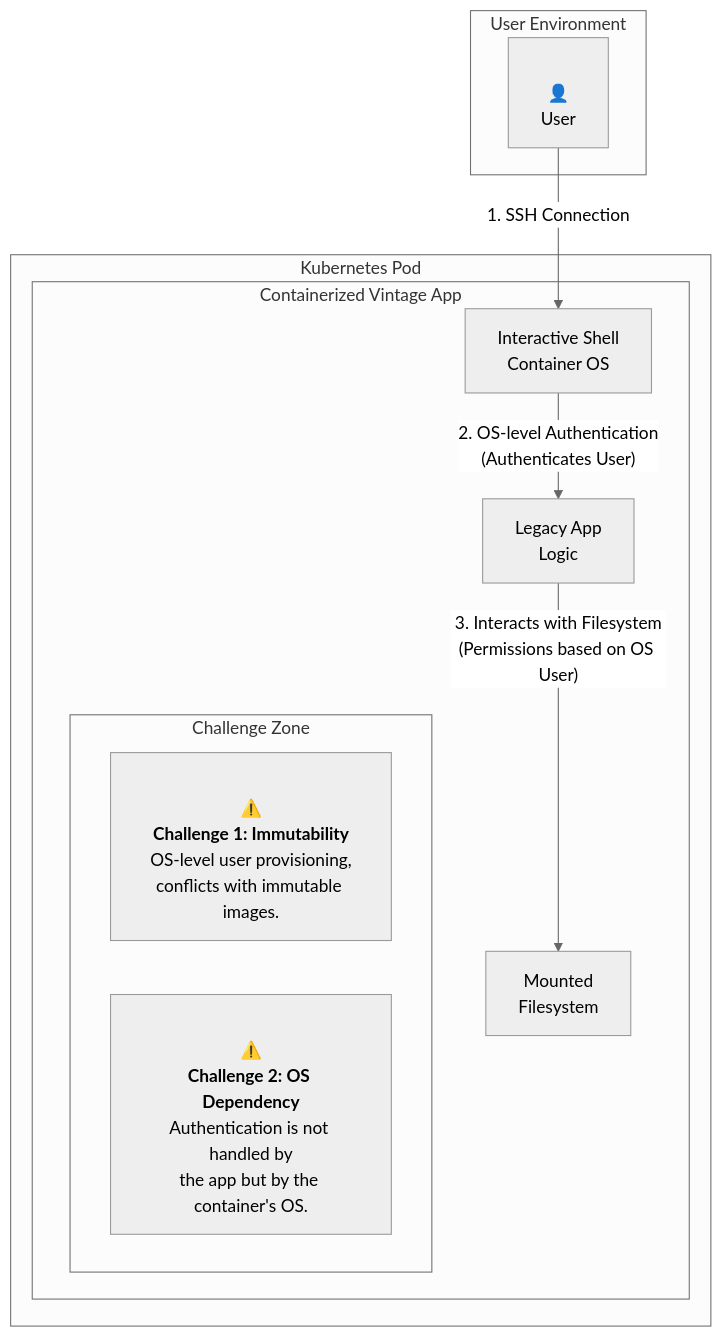
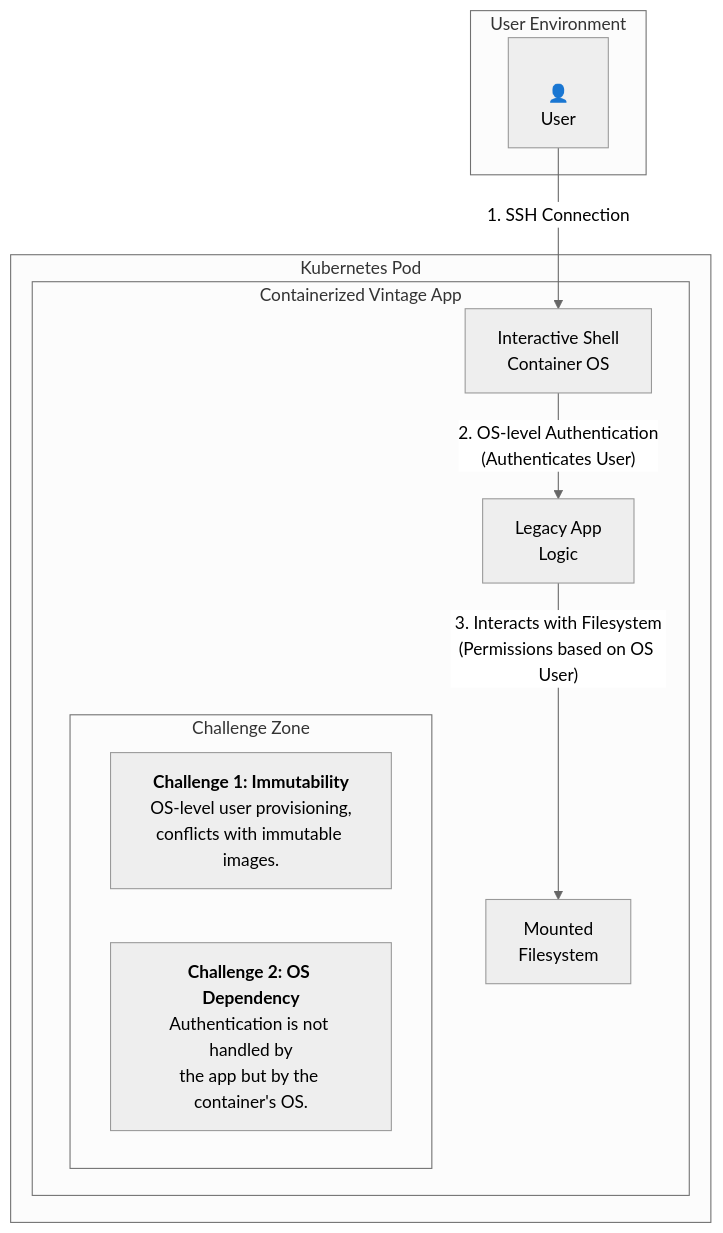
One commit to romdalf/romadams.com changed the fourth of 5 diagrams in docs/portfolio/ntap/k8svintageapp/index.md. Above: the diagram before and after it, drawn with Mermaid (neutral theme). The commit also changed other lines of this file, not shown here.

````diff
--- a/docs/portfolio/ntap/k8svintageapp/index.md
+++ b/docs/portfolio/ntap/k8svintageapp/index.md
@@ -202,26 +202,26 @@
 ```mermaid
 graph TD
     subgraph "User Environment"
         User[<br>👤<br>User]
     end
 
     subgraph "Kubernetes Pod"
         subgraph "Containerized Vintage App"
             
             App[Legacy App<br>Logic]
             Shell[Interactive Shell<br>Container OS]
             Volume[Mounted<br>Filesystem]
             
             subgraph "Challenge Zone"
-                Challenge1["<br>⚠️<br><b>Challenge 1: Immutability</b><br>OS-level user provisioning,<br>conflicts with immutable images."]
-                Challenge2["<br>⚠️<br><b>Challenge 2: OS Dependency</b><br>Authentication is not handled by<br>the app but by the container's OS."]
+                Challenge1["<b>Challenge 1: Immutability</b><br>OS-level user provisioning,<br>conflicts with immutable images."]
+                Challenge2["<b>Challenge 2: OS Dependency</b><br>Authentication is not handled by<br>the app but by the container's OS."]
             end
 
         end
     end
     
     %% --- Tightly Coupled Flow ---
     User -- "1. SSH Connection" --> Shell
     Shell -- "2. OS-level Authentication<br>(Authenticates User)" --> App
     App -- "3. Interacts with Filesystem<br>(Permissions based on OS User)" --> Volume
 ```
````
